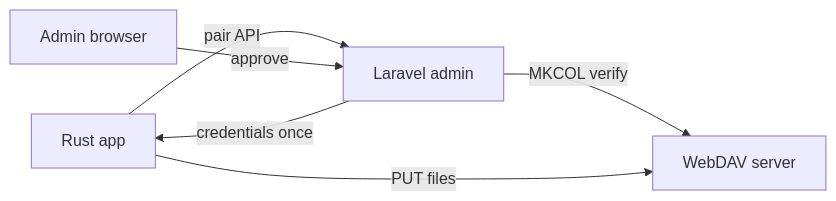
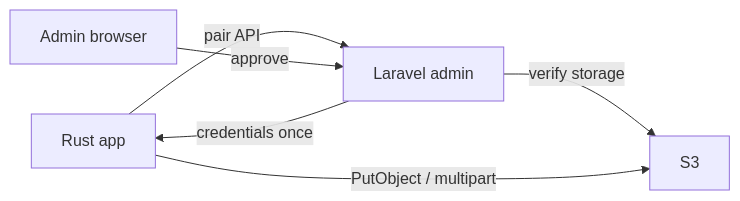
Before and after one commit to ruibeard/backup-sync-tool: the second of 3 diagrams in SPEC.md, drawn with Mermaid. The commit also changed other lines of this file and 30 other files, not shown here.

````diff
--- a/SPEC.md
+++ b/SPEC.md
@@ -62,13 +62,13 @@
 ```mermaid
 flowchart LR
     Desktop["Rust app"]
     Laravel["Laravel admin"]
     Admin["Admin browser"]
-    WebDAV["WebDAV server"]
+    Storage["S3"]
 
     Desktop -->|pair API| Laravel
     Admin -->|approve| Laravel
-    Laravel -->|MKCOL verify| WebDAV
+    Laravel -->|verify storage| Storage
     Laravel -->|credentials once| Desktop
-    Desktop -->|PUT files| WebDAV
+    Desktop -->|PutObject / multipart| Storage
 ```
````
